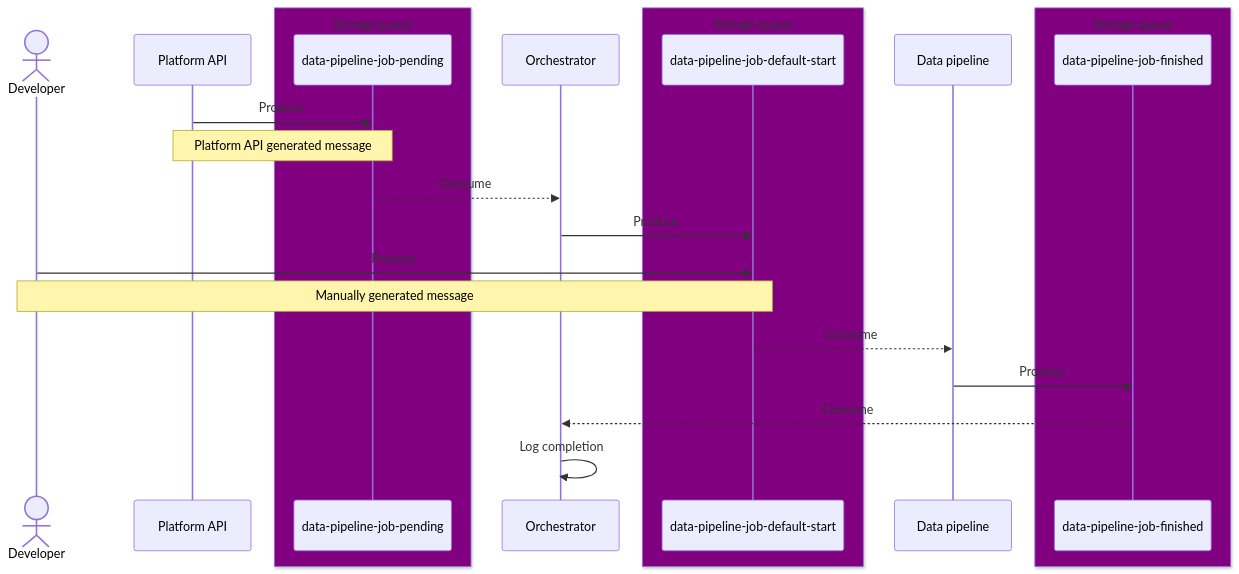
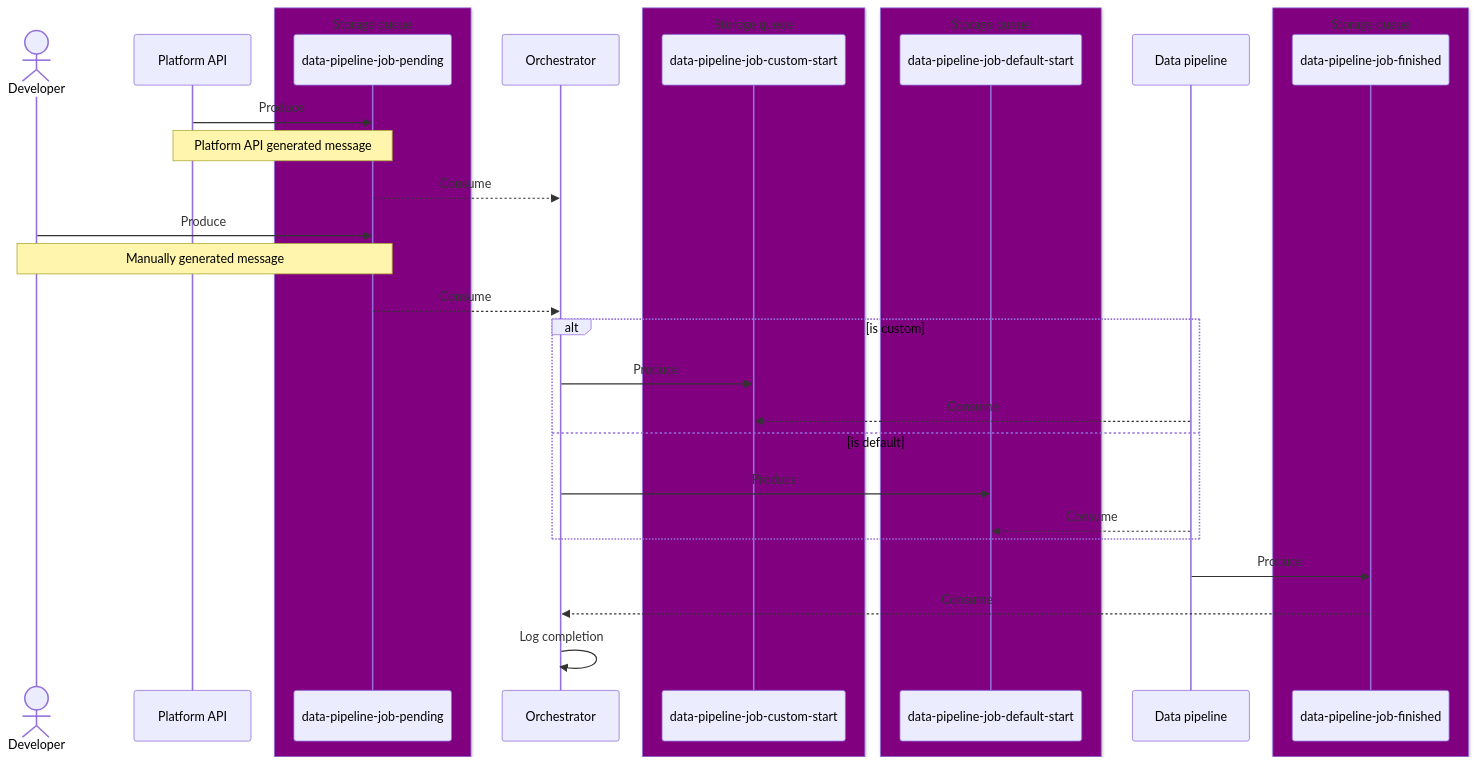
Before and after one commit to DFE-Digital/education-benchmarking-and-insights: the diagram in documentation/features/6_Orchestrator.md, drawn with Mermaid. The commit also changed other lines of this file and 5 other files, not shown here.

First line of the commit message:
feat: Forward message on `Pending` queue to `default` or `custom` start queue based on `Type`

````diff
--- a/documentation/features/6_Orchestrator.md
+++ b/documentation/features/6_Orchestrator.md
@@ -12,27 +15,40 @@
 ```mermaid
 sequenceDiagram
     accDescr: Message flow sequence
     Actor Developer
     participant Platform API
     box Purple Storage queue
     participant data-pipeline-job-pending
     end
     participant Orchestrator
     box Purple Storage queue
+    participant data-pipeline-job-custom-start
+    end
+    box Purple Storage queue
     participant data-pipeline-job-default-start
     end
     participant Data pipeline
     box Purple Storage queue    
     participant data-pipeline-job-finished
     end
+
     Platform API->>data-pipeline-job-pending: Produce
     Note over Platform API,data-pipeline-job-pending: Platform API generated message
     data-pipeline-job-pending-->>Orchestrator: Consume
-    Orchestrator->>data-pipeline-job-default-start: Produce
-    Developer->>data-pipeline-job-default-start: Produce
-    Note over Developer,data-pipeline-job-default-start: Manually generated message 
-    data-pipeline-job-default-start-->>Data pipeline: Consume
+    
+    Developer->>data-pipeline-job-pending: Produce
+    Note over Developer,data-pipeline-job-pending: Manually generated message 
+    data-pipeline-job-pending-->>Orchestrator: Consume
+
+    alt is custom
+        Orchestrator->>data-pipeline-job-custom-start: Produce
+        Data pipeline-->>data-pipeline-job-custom-start: Consume
+    else is default
+        Orchestrator->>data-pipeline-job-default-start: Produce
+        Data pipeline-->>data-pipeline-job-default-start: Consume
+    end
+
     Data pipeline->>data-pipeline-job-finished: Produce
     data-pipeline-job-finished-->>Orchestrator: Consume
     Orchestrator->>Orchestrator: Log completion
 ```
````
